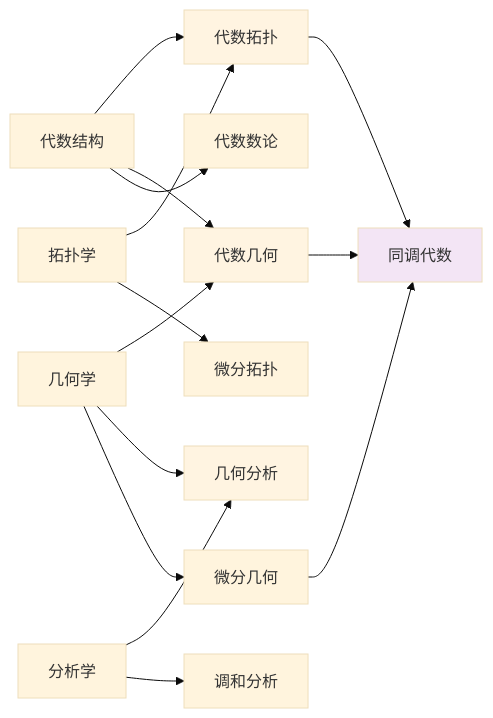
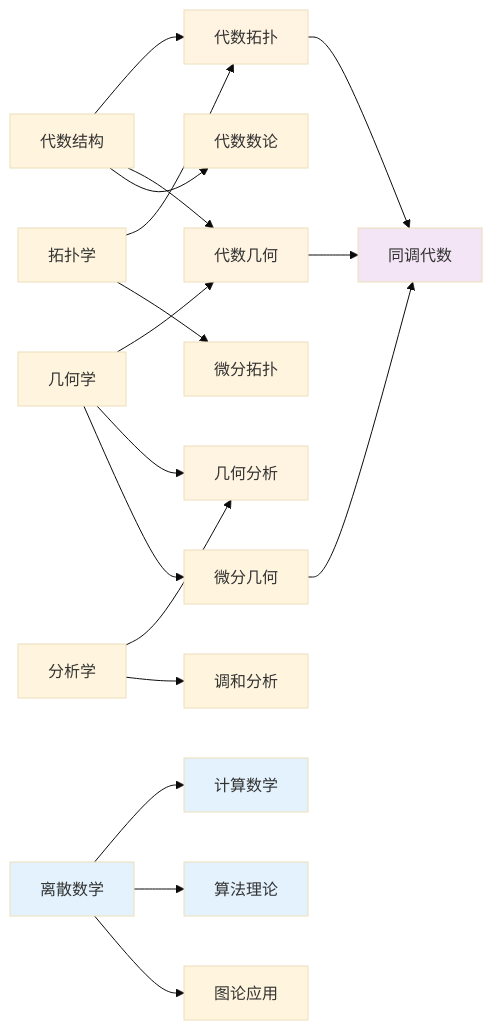
The ninth of 9 diagrams in concept/01-总体思维导图/01-数学知识体系全景图.md (AdaMartin18010/FormalMath), drawn with Mermaid (base theme) before and after one commit. The commit also changed other lines of this file and 32 other files, not shown here.

````diff
--- a/concept/01-总体思维导图/01-数学知识体系全景图.md
+++ b/concept/01-总体思维导图/01-数学知识体系全景图.md
@@ -477,25 +597,32 @@
 ```mermaid
 graph LR
     A[代数结构] --> E[代数拓扑]
     A --> F[代数几何]
     A --> G[代数数论]
 
     B[分析学] --> H[几何分析]
     B --> I[调和分析]
 
     C[几何学] --> F
     C --> H
     C --> J[微分几何]
 
     D[拓扑学] --> E
     D --> K[微分拓扑]
 
+    M[离散数学] --> N[计算数学]
+    M --> O[算法理论]
+    M --> P[图论应用]
+
     E --> L[同调代数]
     F --> L
     J --> L
 
     style E fill:#fff4e1
     style F fill:#fff4e1
     style H fill:#fff4e1
     style L fill:#f3e5f5
+    style M fill:#e3f2fd
+    style N fill:#e3f2fd
+    style O fill:#e3f2fd
 ```
````
